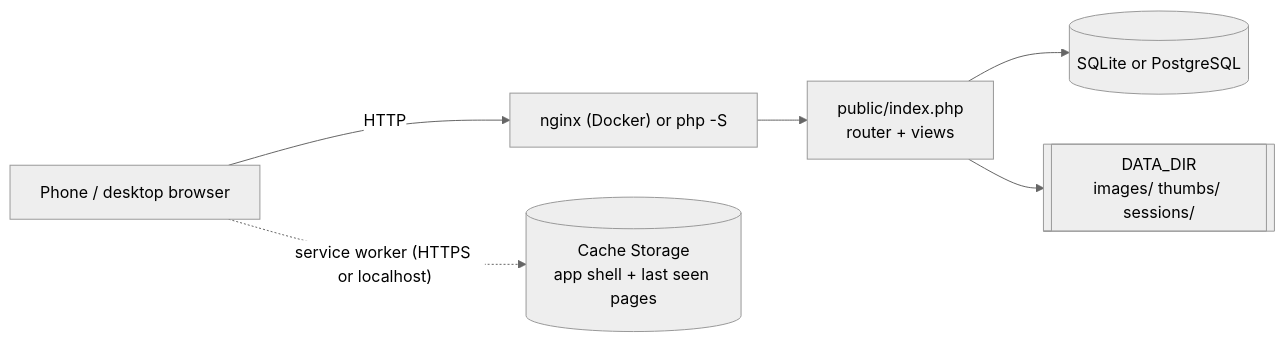
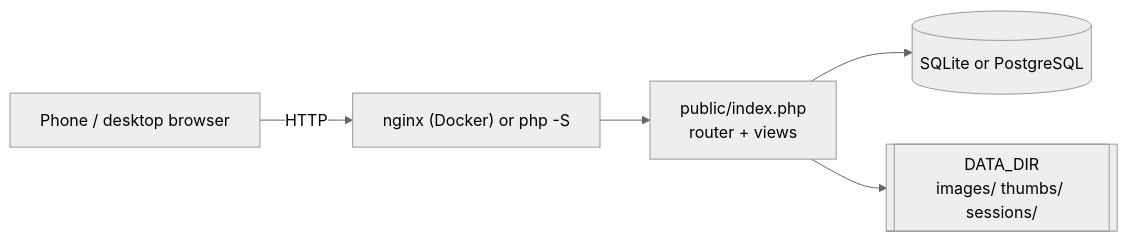
The diagram in docs/index.md (thordin9/apotheke), drawn with Mermaid (neutral theme) before and after one commit. The commit also changed other lines of this file and 6 other files, not shown here.

````diff
--- a/docs/index.md
+++ b/docs/index.md
@@ -27,8 +27,7 @@
 ```mermaid
 flowchart LR
   phone["Phone / desktop browser"] -->|HTTP| web["nginx (Docker) or php -S"]
   web --> php["public/index.php<br/>router + views"]
   php --> db[("SQLite or PostgreSQL")]
   php --> files[["DATA_DIR<br/>images/ thumbs/ sessions/"]]
-  phone -. "service worker (HTTPS or localhost)" .-> cache[("Cache Storage<br/>app shell + last seen pages")]
 ```
````
